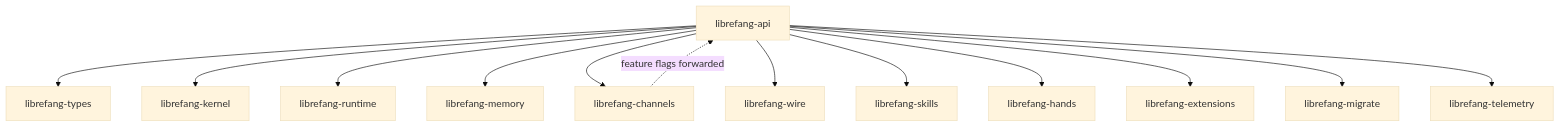
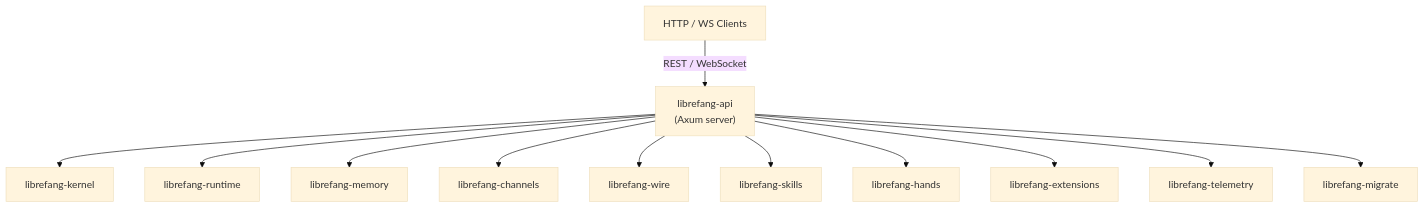
One commit to leszek3737/librefang-WIki changed the diagram in other-librefang-api.md. Above: the diagram before and after it, drawn with Mermaid (base theme). The commit also changed other lines of this file and 93 other files, not shown here.

````diff
--- a/other-librefang-api.md
+++ b/other-librefang-api.md
@@ -9,15 +9,27 @@
 ```mermaid
 graph TD
-    API[librefang-api] --> TYPES[librefang-types]
-    API --> KERNEL[librefang-kernel]
-    API --> RUNTIME[librefang-runtime]
-    API --> MEMORY[librefang-memory]
-    API --> CHANNELS[librefang-channels]
-    API --> WIRE[librefang-wire]
-    API --> SKILLS[librefang-skills]
-    API --> HANDS[librefang-hands]
-    API --> EXT[librefang-extensions]
-    API --> MIGRATE[librefang-migrate]
-    API --> TELEMETRY[librefang-telemetry]
-    CHANNELS -.-> |feature flags forwarded| API
+    Client["HTTP / WS Clients"]
+    API["librefang-api<br/>(Axum server)"]
+    Kernel["librefang-kernel"]
+    Runtime["librefang-runtime"]
+    Memory["librefang-memory"]
+    Channels["librefang-channels"]
+    Wire["librefang-wire"]
+    Skills["librefang-skills"]
+    Hands["librefang-hands"]
+    Extensions["librefang-extensions"]
+    Telemetry["librefang-telemetry"]
+    Migrate["librefang-migrate"]
+
+    Client -->|REST / WebSocket| API
+    API --> Kernel
+    API --> Runtime
+    API --> Memory
+    API --> Channels
+    API --> Wire
+    API --> Skills
+    API --> Hands
+    API --> Extensions
+    API --> Telemetry
+    API --> Migrate
 ```
````
